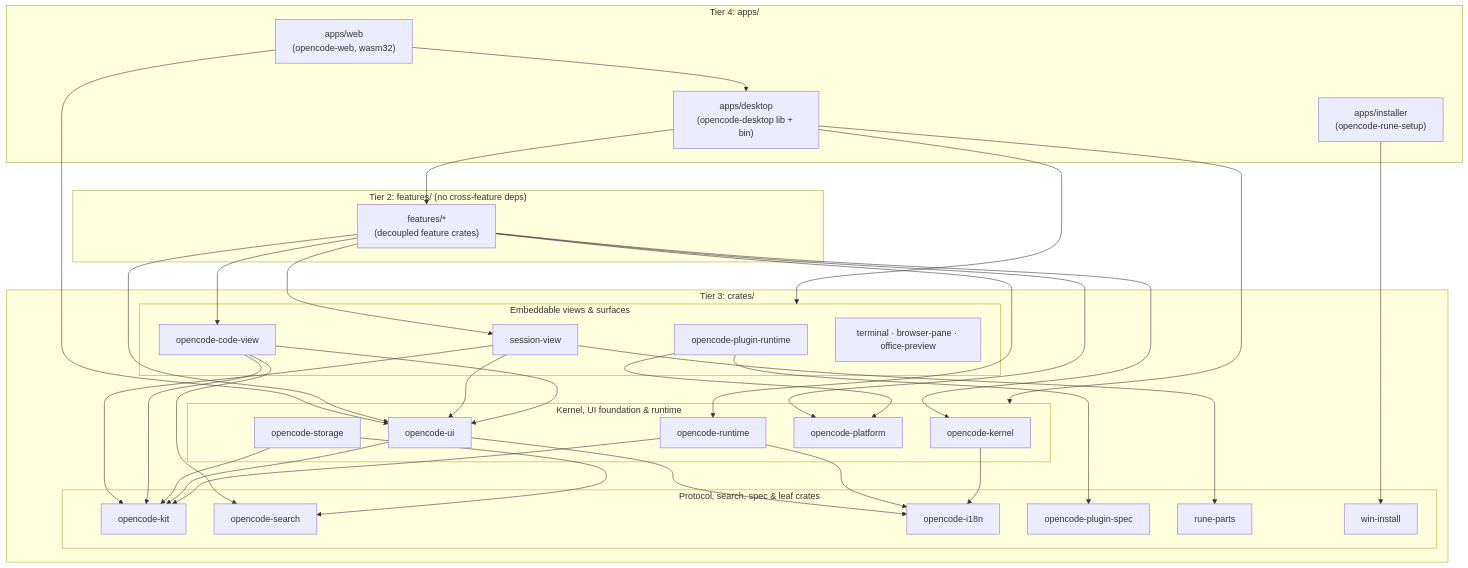
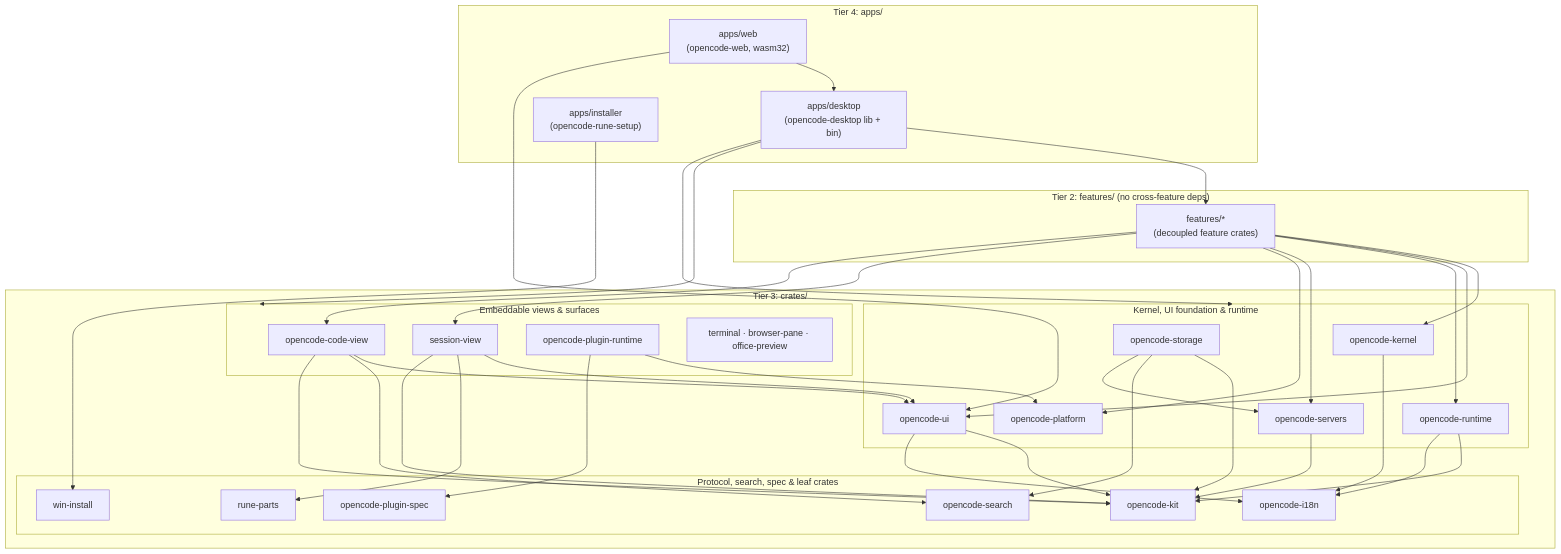
One commit to anomalyco/opencode-desktop changed the diagram in ARCHITECTURE.md. Above: the diagram before and after it, drawn with Mermaid. The commit also changed other lines of this file and 66 other files, not shown here.

Commit message:
refactor(kit): move the desktop shell's server machines out of opencode-kit

````diff
--- a/ARCHITECTURE.md
+++ b/ARCHITECTURE.md
@@ -150,66 +151,70 @@
 ```mermaid
 flowchart TB
   subgraph T4["Tier 4: apps/"]
     WEB["apps/web<br/>(opencode-web, wasm32)"]
     DESKTOP["apps/desktop<br/>(opencode-desktop lib + bin)"]
     INSTALLER["apps/installer<br/>(opencode-rune-setup)"]
   end
 
   subgraph T2["Tier 2: features/ (no cross-feature deps)"]
     FEATS["features/*<br/>(decoupled feature crates)"]
   end
 
   subgraph T3["Tier 3: crates/"]
     subgraph T3_TOP["Embeddable views &amp; surfaces"]
       SV["session-view"]
       CV["opencode-code-view"]
       PR["opencode-plugin-runtime"]
       SURF["terminal · browser-pane · office-preview"]
     end
     subgraph T3_MID["Kernel, UI foundation &amp; runtime"]
       KERNEL["opencode-kernel"]
       UI["opencode-ui"]
       RT["opencode-runtime"]
+      SRVS["opencode-servers"]
       PLAT["opencode-platform"]
       STOR["opencode-storage"]
     end
     subgraph T3_BASE["Protocol, search, spec &amp; leaf crates"]
       KIT["opencode-kit"]
       SEARCH["opencode-search"]
       I18N["opencode-i18n"]
       SPEC["opencode-plugin-spec"]
       PARTS["rune-parts"]
       WIN["win-install"]
     end
   end
 
   WEB --> DESKTOP
   WEB --> UI
   DESKTOP --> FEATS
   DESKTOP --> T3_TOP
   DESKTOP --> T3_MID
   INSTALLER --> WIN
 
   FEATS --> KERNEL
   FEATS --> UI
   FEATS --> RT
+  FEATS --> SRVS
   FEATS --> PLAT
   FEATS --> SV
   FEATS --> CV
 
   SV --> UI
   SV --> PARTS
   SV --> KIT
   CV --> UI
   CV --> SEARCH
   CV --> KIT
   PR --> PLAT
   PR --> SPEC
   STOR --> KIT
   STOR --> SEARCH
+  STOR --> SRVS
+  SRVS --> KIT
   UI --> KIT
   UI --> I18N
   RT --> KIT
   RT --> I18N
   KERNEL --> I18N
 ```
````
